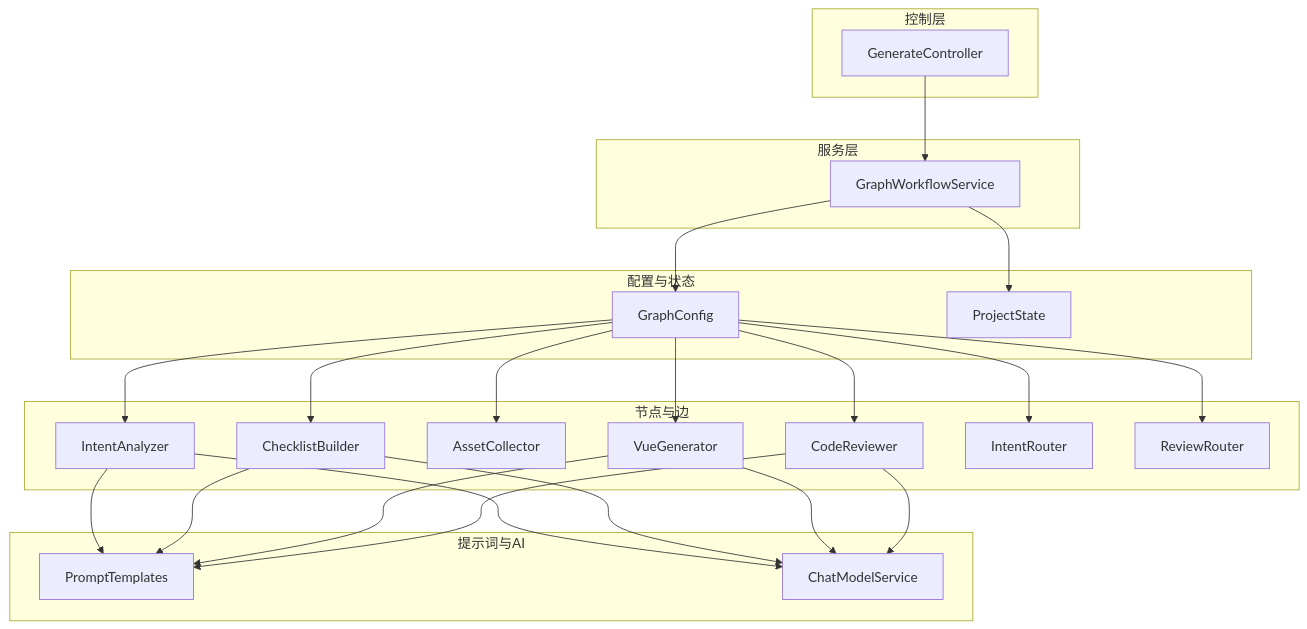
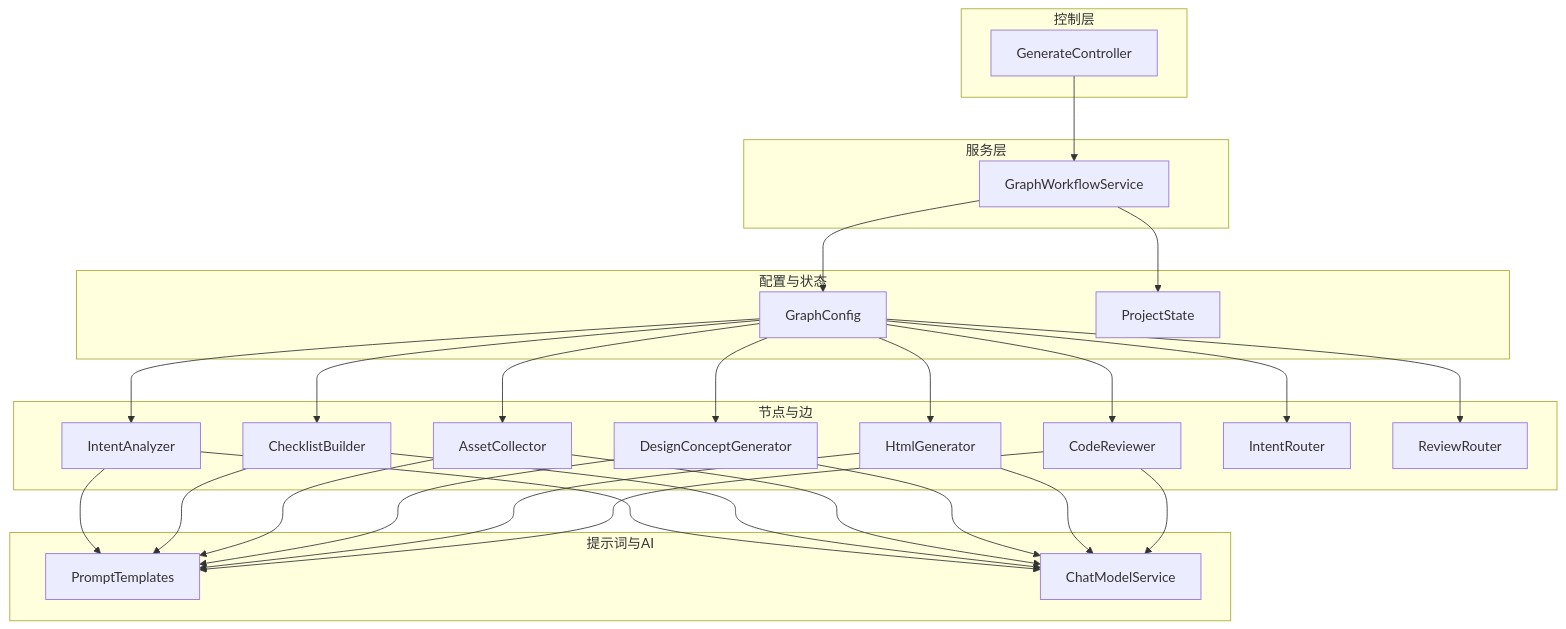
The first of 9 diagrams in .qoder/repowiki/zh/content/AI工作流系统/工作流引擎核心/工作流引擎核心.md (CyanYuKi/WebSiteFrontendCodeMother), drawn with Mermaid before and after one commit. The commit also changed other lines of this file and 16 other files, not shown here.

````diff
--- a/.qoder/repowiki/zh/content/AI工作流系统/工作流引擎核心/工作流引擎核心.md
+++ b/.qoder/repowiki/zh/content/AI工作流系统/工作流引擎核心/工作流引擎核心.md
@@ -47,44 +57,50 @@
 ```mermaid
 graph TB
 subgraph "控制层"
 C["GenerateController"]
 end
 subgraph "服务层"
 S["GraphWorkflowService"]
 end
 subgraph "配置与状态"
 CFG["GraphConfig"]
 PS["ProjectState"]
 end
 subgraph "节点与边"
 NA["IntentAnalyzer"]
 CB["ChecklistBuilder"]
 AC["AssetCollector"]
-VG["VueGenerator"]
+DCG["DesignConceptGenerator"]
+HG["HtmlGenerator"]
 CR["CodeReviewer"]
 IR["IntentRouter"]
 RR["ReviewRouter"]
 end
 subgraph "提示词与AI"
 PT["PromptTemplates"]
 CMS["ChatModelService"]
 end
 C --> S
 S --> CFG
 CFG --> NA
 CFG --> CB
 CFG --> AC
-CFG --> VG
+CFG --> DCG
+CFG --> HG
 CFG --> CR
 CFG --> IR
 CFG --> RR
 NA --> PT
 CB --> PT
-VG --> PT
+AC --> PT
+DCG --> PT
+HG --> PT
 CR --> PT
 NA --> CMS
 CB --> CMS
-VG --> CMS
+AC --> CMS
+DCG --> CMS
+HG --> CMS
 CR --> CMS
 S --> PS
 ```
````
